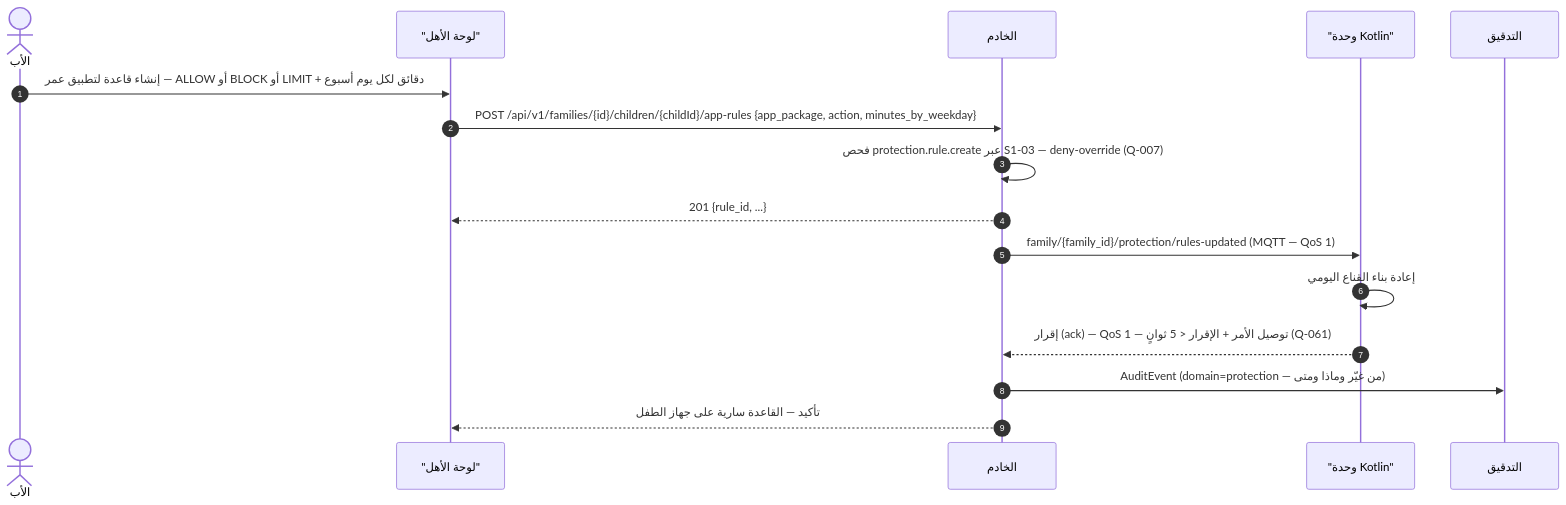
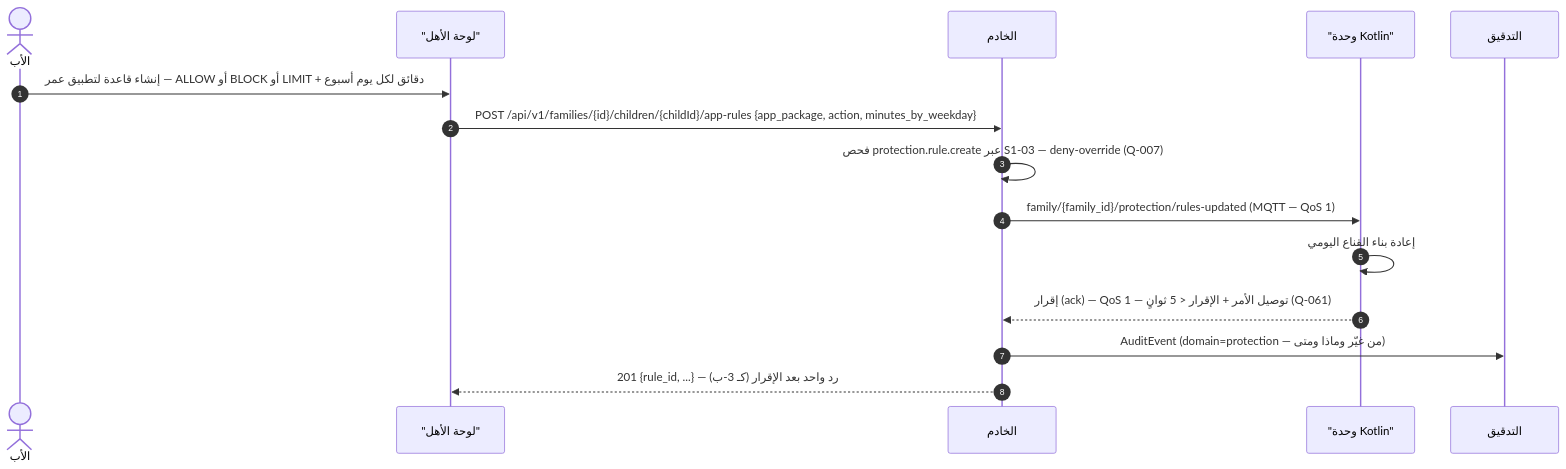
The third of 14 diagrams in docs/family-os/governance/phases/phase-1/S1-10-protection-and-enforcement/DIAGRAMS.md (Bassam-mohammed-alqaeadi/family-os-v2), drawn with Mermaid before and after one commit. The commit also changed other lines of this file and 3 other files, not shown here.

````diff
--- a/docs/family-os/governance/phases/phase-1/S1-10-protection-and-enforcement/DIAGRAMS.md
+++ b/docs/family-os/governance/phases/phase-1/S1-10-protection-and-enforcement/DIAGRAMS.md
@@ -209,18 +209,17 @@
 ```mermaid
 sequenceDiagram
     autonumber
     actor Father as الأب
     participant Flutter as "لوحة الأهل"
     participant Ktor as الخادم
     participant K as "وحدة Kotlin"
     participant Audit as التدقيق
     Father->>Flutter: إنشاء قاعدة لتطبيق عمر — ALLOW أو BLOCK أو LIMIT + دقائق لكل يوم أسبوع
     Flutter->>Ktor: POST /api/v1/families/{id}/children/{childId}/app-rules {app_package, action, minutes_by_weekday}
     Ktor->>Ktor: فحص protection.rule.create عبر S1-03 — deny-override (Q-007)
-    Ktor-->>Flutter: 201 {rule_id, ...}
     Ktor->>K: family/{family_id}/protection/rules-updated (MQTT — QoS 1)
     K->>K: إعادة بناء القناع اليومي
     K-->>Ktor: إقرار (ack) — QoS 1 — توصيل الأمر + الإقرار < 5 ثوانٍ (Q-061)
     Ktor->>Audit: AuditEvent (domain=protection — من غيّر وماذا ومتى)
-    Ktor-->>Flutter: تأكيد — القاعدة سارية على جهاز الطفل
+    Ktor-->>Flutter: 201 {rule_id, ...} — رد واحد بعد الإقرار (كـ 3-ب)
 ```
````
